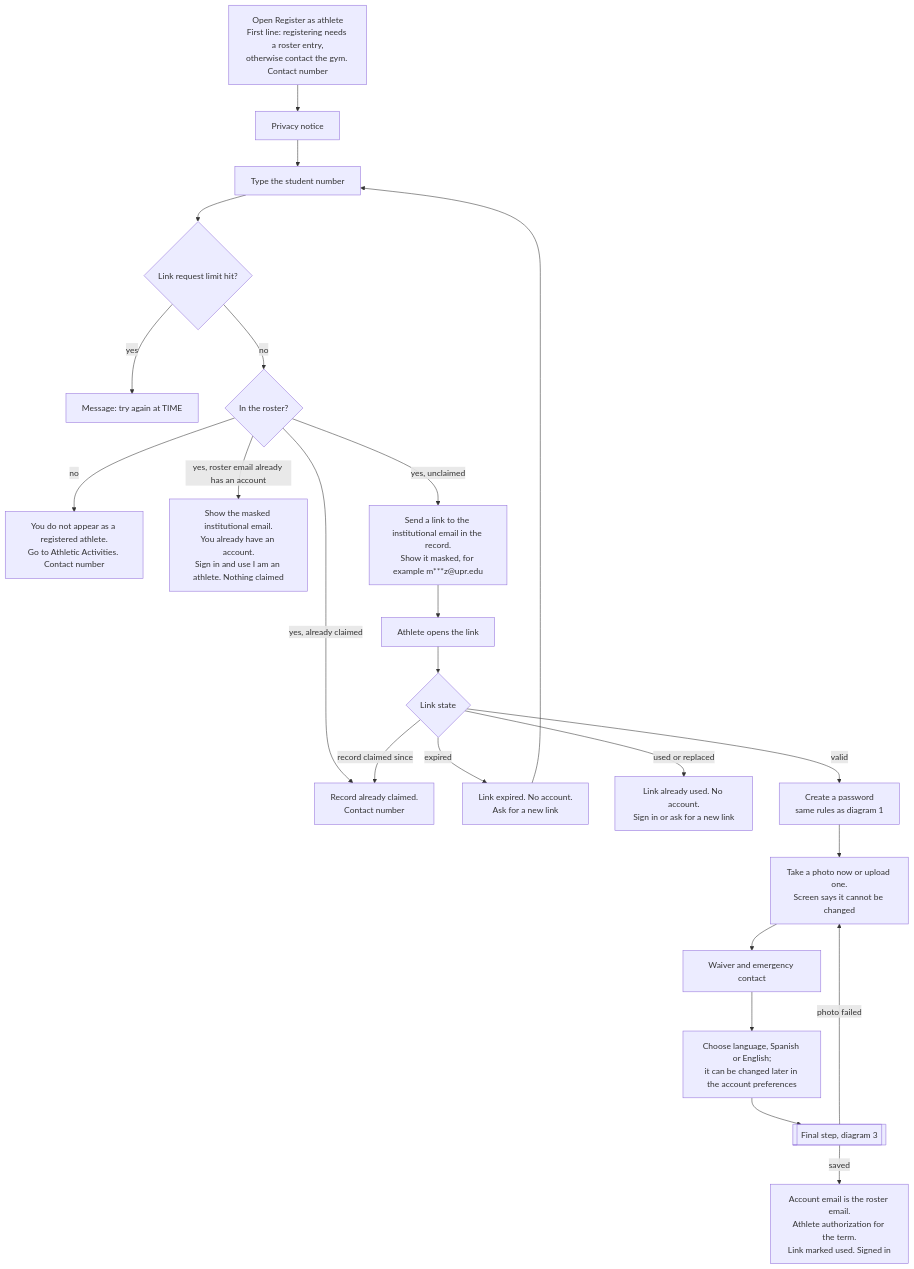
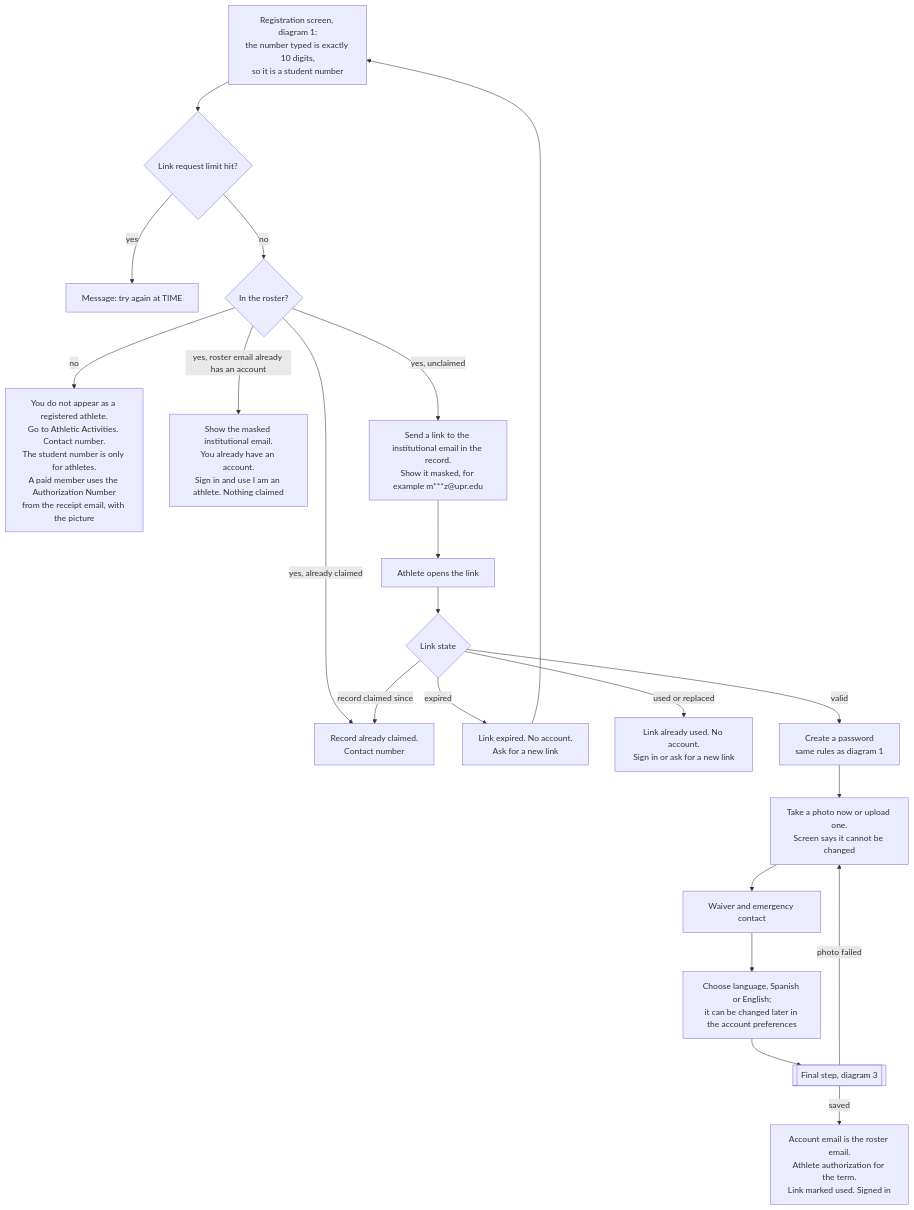
One commit to Th3-Minorities/natatorio-gym-app changed the fourth of 8 diagrams in docs/design/registration-flows.md. Above: the diagram before and after it, drawn with Mermaid. The commit also changed other lines of this file and 11 other files, not shown here.

Commit message:
Record E-153: one registration field where exactly 10 digits is a student number, and add the decision and issue rules to CLAUDE.md, so registration docs, factory data and team rules match

````diff
--- a/docs/design/registration-flows.md
+++ b/docs/design/registration-flows.md
@@ -139,25 +141,23 @@
 ```mermaid
 flowchart TD
-  START["Open Register as athlete<br/>First line: registering needs a roster entry,<br/>otherwise contact the gym. Contact number"] --> PN["Privacy notice"]
-  PN --> SN["Type the student number"]
-  SN --> LIM{"Link request limit hit?"}
+  START["Registration screen, diagram 1:<br/>the number typed is exactly 10 digits,<br/>so it is a student number"] --> LIM{"Link request limit hit?"}
   LIM -->|"yes"| X0["Message: try again at TIME"]
   LIM -->|"no"| R{"In the roster?"}
-  R -->|"no"| X1["You do not appear as a registered athlete.<br/>Go to Athletic Activities. Contact number"]
+  R -->|"no"| X1["You do not appear as a registered athlete.<br/>Go to Athletic Activities. Contact number.<br/>The student number is only for athletes.<br/>A paid member uses the Authorization Number<br/>from the receipt email, with the picture"]
   R -->|"yes, already claimed"| X2["Record already claimed.<br/>Contact number"]
   R -->|"yes, roster email already has an account"| X3["Show the masked institutional email.<br/>You already have an account.<br/>Sign in and use I am an athlete. Nothing claimed"]
   R -->|"yes, unclaimed"| SEND["Send a link to the institutional email in the record.<br/>Show it masked, for example m***z@upr.edu"]
   SEND --> OPEN["Athlete opens the link"]
   OPEN --> V{"Link state"}
   V -->|"expired"| X4["Link expired. No account.<br/>Ask for a new link"]
   V -->|"used or replaced"| X5["Link already used. No account.<br/>Sign in or ask for a new link"]
   V -->|"record claimed since"| X2
   V -->|"valid"| PW["Create a password<br/>same rules as diagram 1"]
   PW --> PH["Take a photo now or upload one.<br/>Screen says it cannot be changed"]
   PH --> WV["Waiver and emergency contact"]
   WV --> LG["Choose language, Spanish or English;<br/>it can be changed later in the account preferences"]
   LG --> FIN[["Final step, diagram 3"]]
   FIN -->|"photo failed"| PH
   FIN -->|"saved"| OK["Account email is the roster email.<br/>Athlete authorization for the term.<br/>Link marked used. Signed in"]
-  X4 --> SN
+  X4 --> START
 ```
````
